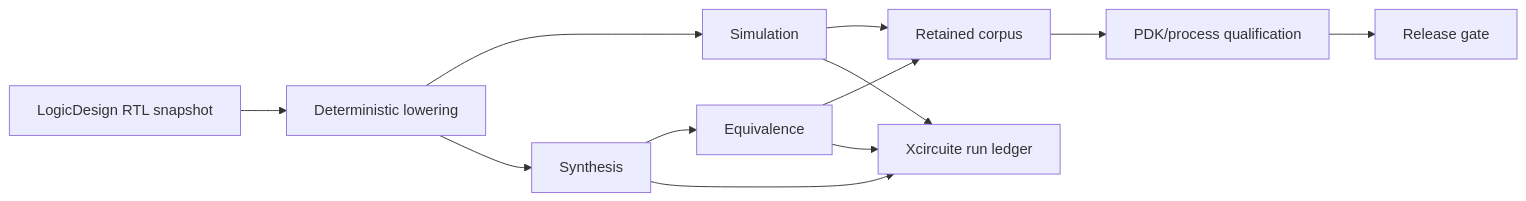
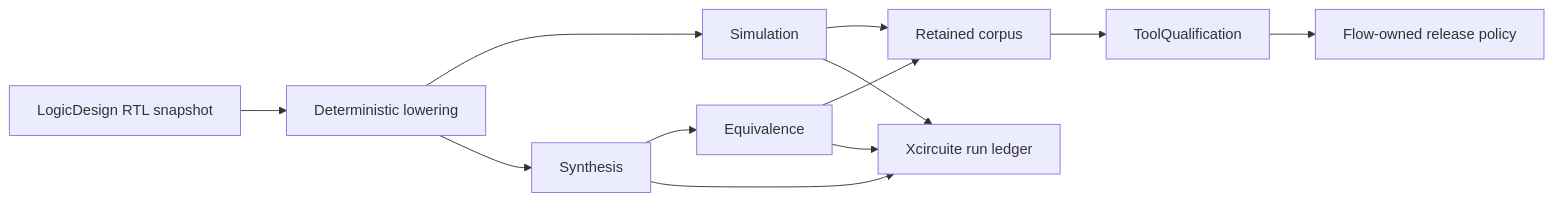
Before and after one commit to 1amageek/LogicEngine: the diagram in MILESTONES.md, drawn with Mermaid. The commit also changed other lines of this file and 4 other files, not shown here.

````diff
--- a/MILESTONES.md
+++ b/MILESTONES.md
@@ -8,14 +8,14 @@
 ```mermaid
 flowchart LR
     RTL["LogicDesign RTL snapshot"] --> Lower["Deterministic lowering"]
     Lower --> Sim["Simulation"]
     Lower --> Syn["Synthesis"]
     Syn --> Eq["Equivalence"]
     Sim --> Corpus["Retained corpus"]
     Eq --> Corpus
-    Corpus --> PDK["PDK/process qualification"]
-    PDK --> Release["Release gate"]
+    Corpus --> Trust["ToolQualification"]
+    Trust --> Release["Flow-owned release policy"]
     Sim --> Flow["Xcircuite run ledger"]
     Syn --> Flow
     Eq --> Flow
 ```
````
